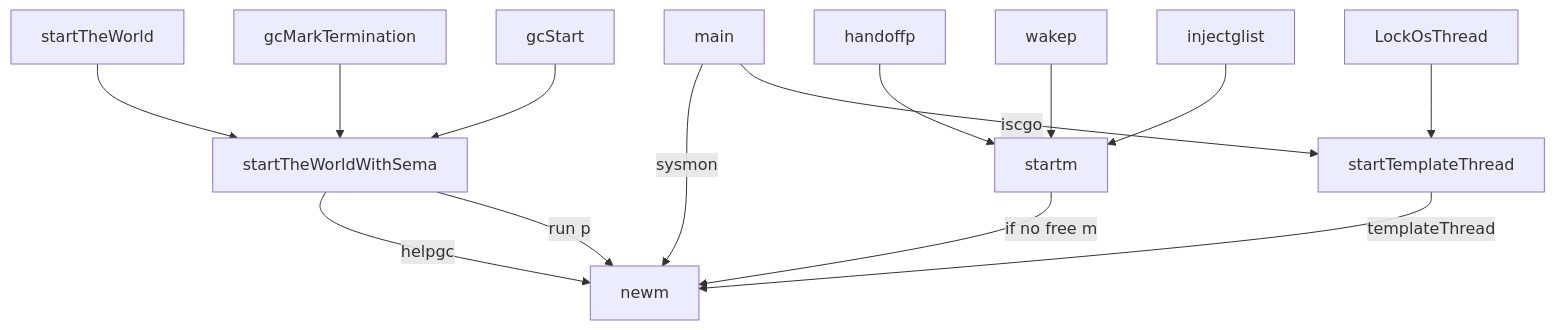
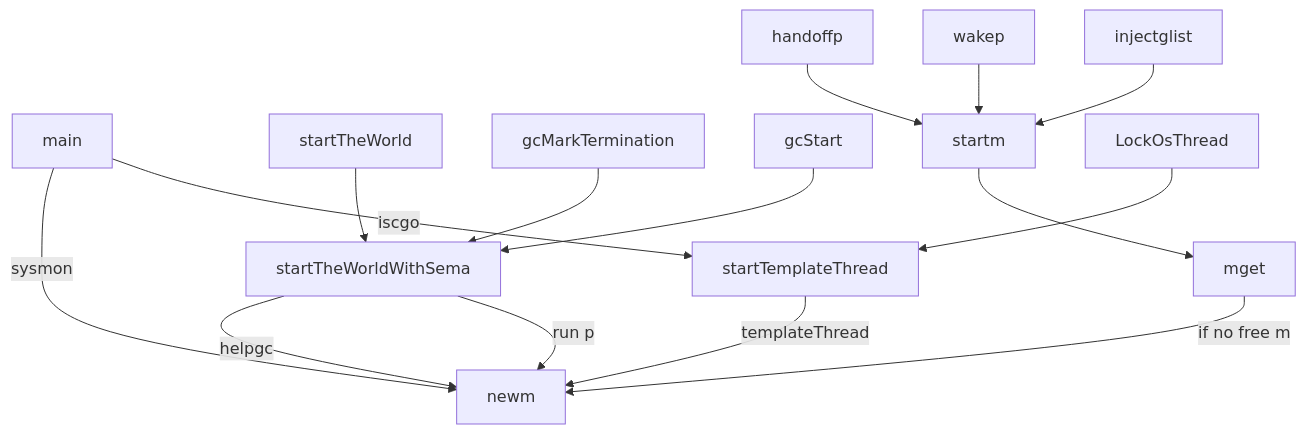
The sixth of 7 diagrams in scheduler.md (cch123/golang-notes), drawn with Mermaid before and after one commit. The commit also changed other lines of this file, not shown here.

````diff
--- a/scheduler.md
+++ b/scheduler.md
@@ -959,16 +959,17 @@
 ```mermaid
 graph TD
 main --> |sysmon|newm
 startTheWorld --> startTheWorldWithSema
 gcMarkTermination --> startTheWorldWithSema
 gcStart--> startTheWorldWithSema
 startTheWorldWithSema --> |helpgc|newm
 startTheWorldWithSema --> |run p|newm
-startm --> |if no free m|newm
+startm --> mget
+mget --> |if no free m|newm
 startTemplateThread --> |templateThread|newm
 LockOsThread --> startTemplateThread
 main --> |iscgo|startTemplateThread
 handoffp --> startm
 wakep --> startm
 injectglist --> startm
 ```
````
